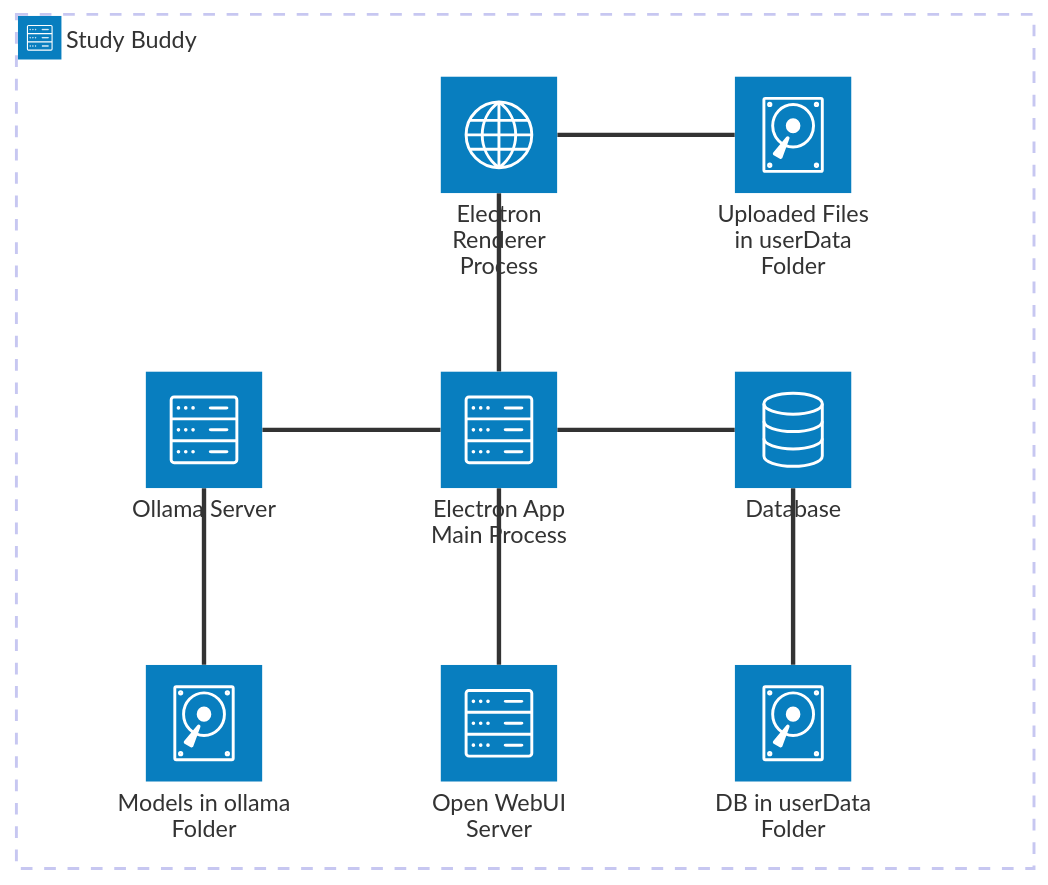
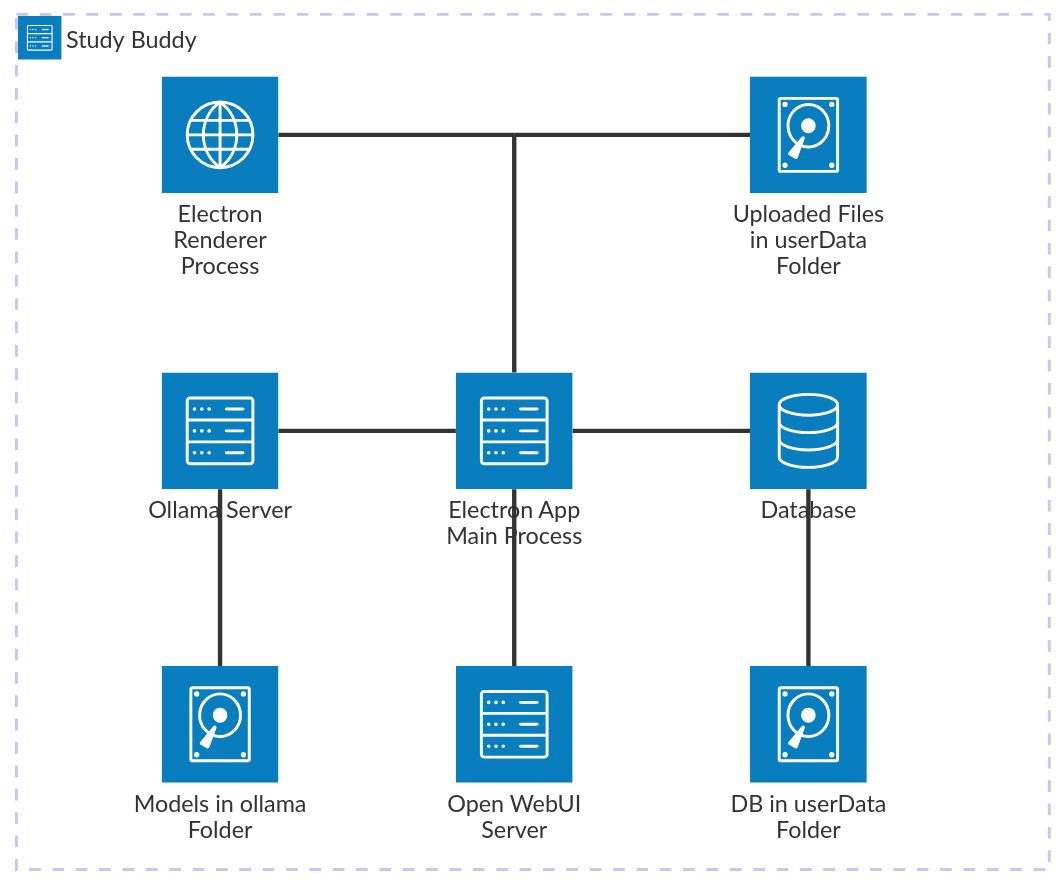
The second of 3 diagrams in README.md (Chovin/AI-Study-Buddy), drawn with Mermaid before and after one commit.

Commit message:
update architecture diagram to better represent main process doing the file saving

````diff
--- a/README.md
+++ b/README.md
@@ -148,21 +148,24 @@
 ```mermaid
 architecture-beta
     group studybuddy(server)[Study Buddy]
 
     service ollama(server)[Ollama Server] in studybuddy
     service webui(server)[Open WebUI Server] in studybuddy
     service db(database)[Database] in studybuddy
     service models(disk)[Models in ollama Folder] in studybuddy
     service dbfolder(disk)[DB in userData Folder] in studybuddy
     service electron(server)[Electron App Main Process] in studybuddy
     service renderer(internet)[Electron Renderer Process] in studybuddy
     service files(disk)[Uploaded Files in userData Folder] in studybuddy
 
+    junction extra in studybuddy
+
     db:L -- R:electron
     models:T -- B:ollama
     dbfolder:T -- B:db
     electron:L -- R:ollama
     electron:B -- T:webui
-    electron:T -- B:renderer
-    renderer:R -- L:files
+    electron:T -- B:extra
+    extra:R -- L:files
+    extra:L -- R:renderer
 ```
````
